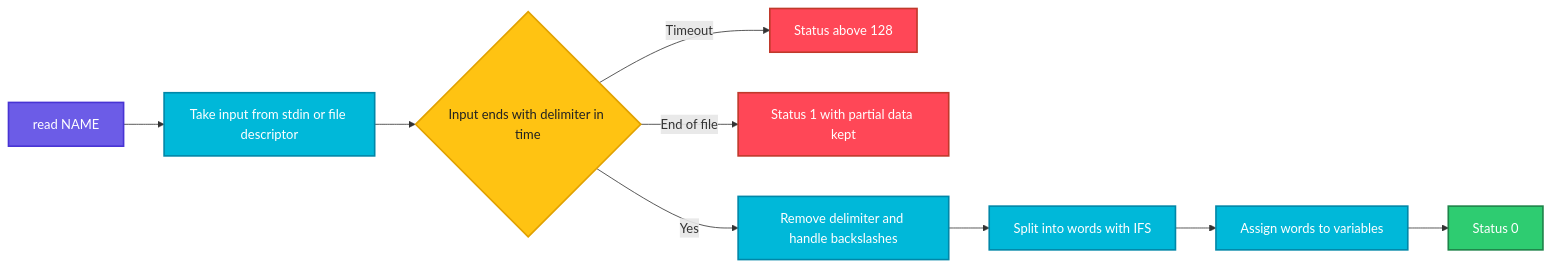
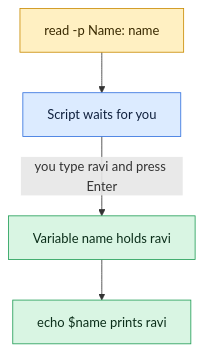
The diagram in linux/shell-basics/read.md (codeKerdosTech/DevOps-Documentation), drawn with Mermaid before and after one commit. The commit also changed other lines of this file and 165 other files, not shown here.

Commit message:
updated diagrams in linux

````diff
--- a/linux/shell-basics/read.md
+++ b/linux/shell-basics/read.md
@@ -17,23 +17,14 @@
 ```mermaid
-flowchart LR
-    A[read NAME] --> B[Take input from stdin or file descriptor]
-    B --> C{Input ends with delimiter in time}
-    C -->|Timeout| D[Status above 128]
-    C -->|End of file| E[Status 1 with partial data kept]
-    C -->|Yes| F[Remove delimiter and handle backslashes]
-    F --> G[Split into words with IFS]
-    G --> H[Assign words to variables]
-    H --> I[Status 0]
-    classDef start fill:#6C5CE7,stroke:#4834D4,stroke-width:2px,color:#fff
-    classDef proc fill:#00B8D9,stroke:#0087A8,stroke-width:2px,color:#fff
-    classDef dec fill:#FFC312,stroke:#E1A100,stroke-width:2px,color:#222
-    classDef ok fill:#2ECC71,stroke:#1E8449,stroke-width:2px,color:#fff
-    classDef err fill:#FF4757,stroke:#C0392B,stroke-width:2px,color:#fff
-    classDef out fill:#FD79A8,stroke:#E84393,stroke-width:2px,color:#fff
-    classDef alt fill:#FF9F43,stroke:#E67E22,stroke-width:2px,color:#fff
-    class A start
-    class B,F,G,H proc
-    class C dec
-    class D,E err
-    class I ok
+flowchart TD
+    c1[read -p Name: name] --> i1[Script waits for you]
+    i1 -->|you type ravi and press Enter| o1[Variable name holds ravi]
+    o1 --> o2[echo $name prints ravi]
+    classDef inp fill:#DCEBFF,stroke:#2F6FDE,color:#10213F
+    classDef cmd fill:#FFF0C2,stroke:#C98A00,color:#3A2A00
+    classDef out fill:#D9F5E3,stroke:#1F9D55,color:#0B2E1A
+    classDef bad fill:#FDE0E0,stroke:#D13B3B,color:#4A0F0F
+    classDef note fill:#ECEFF3,stroke:#7B8794,color:#1F2933
+    class c1 cmd
+    class i1 inp
+    class o1,o2 out
 ```
````
